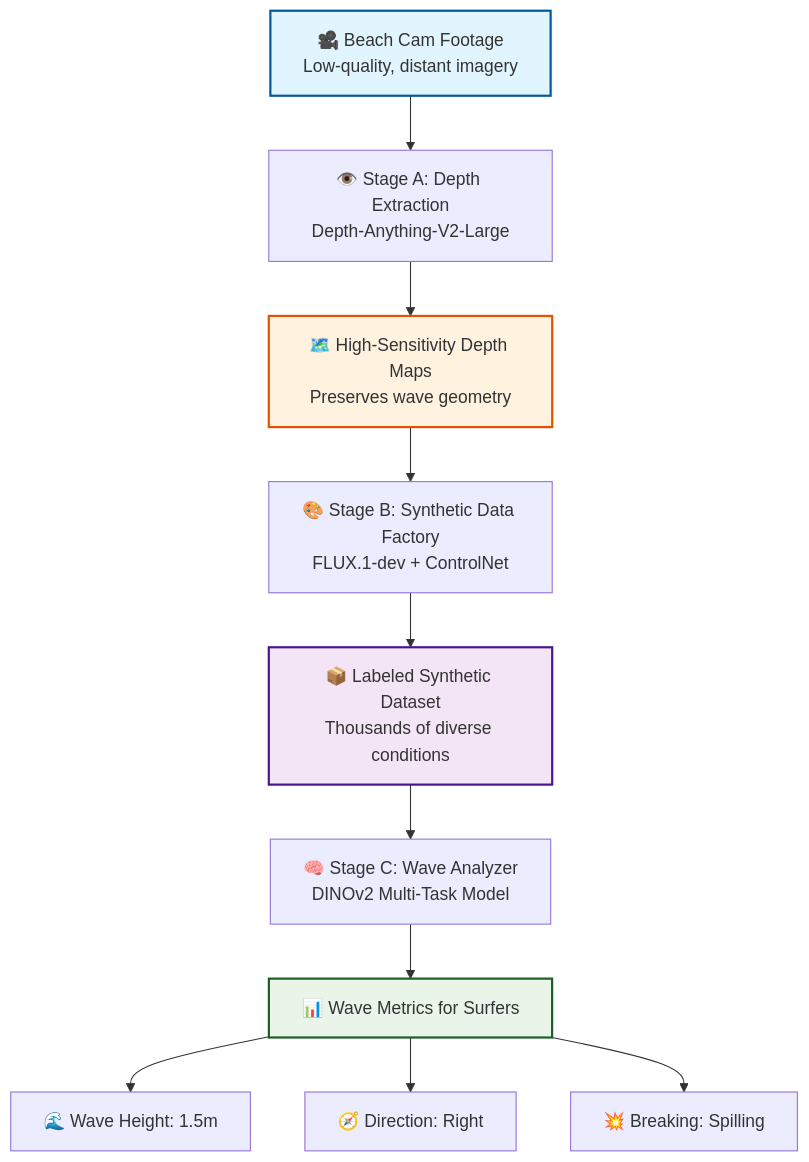
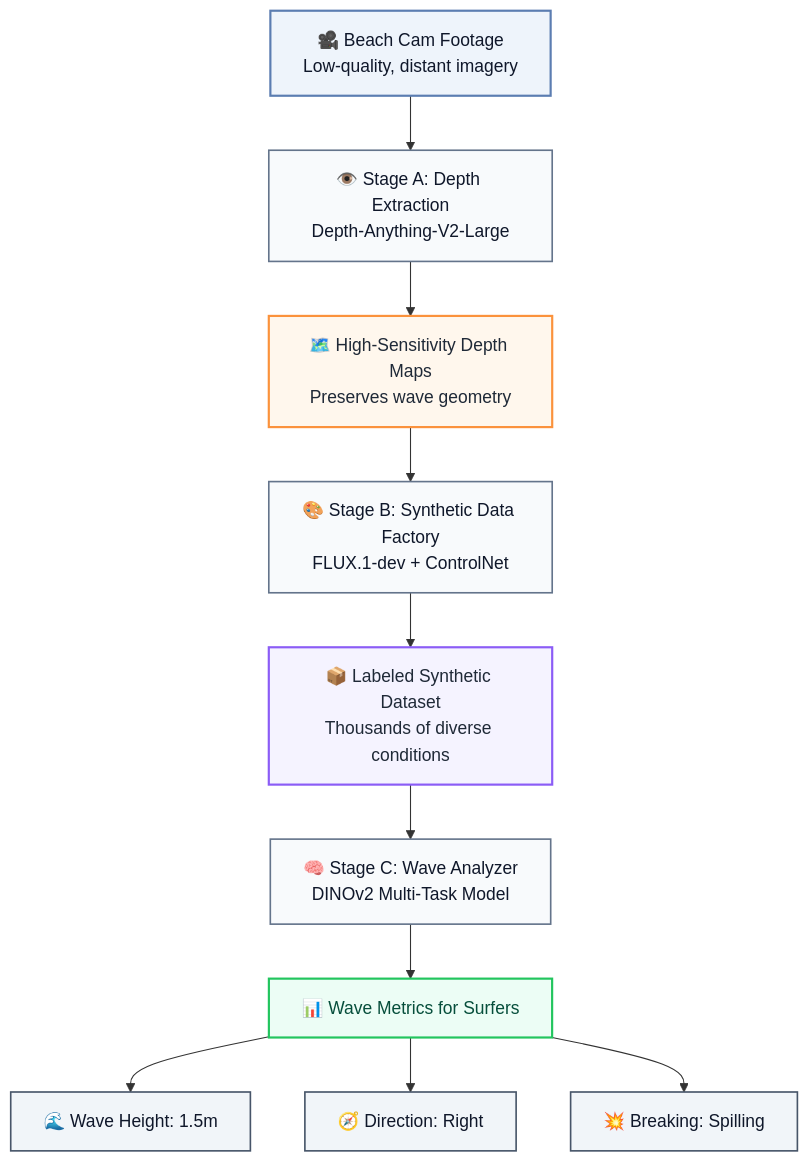
The diagram in README.md (ShalevAtsis/SwellSight), drawn with Mermaid before and after one commit.

Commit message:
Refine mermaid diagram styles in README
Update README mermaid flowchart styling: add explicit "Core pipeline" and "Output metrics" style blocks, introduce styles for intermediate nodes B, D, F, and adjust colors/stroke widths for A, C, E, G, H, I, J to improve visual hierarchy and contrast. These are cosmetic changes to make the diagram clearer and more consistent.

````diff
--- a/README.md
+++ b/README.md
@@ -91,18 +91,31 @@
 ```mermaid
 graph TD
     A[🎥 Beach Cam Footage<br/>Low-quality, distant imagery] --> B[👁️ Stage A: Depth Extraction<br/>Depth-Anything-V2-Large]
     B --> C[🗺️ High-Sensitivity Depth Maps<br/>Preserves wave geometry]
     C --> D[🎨 Stage B: Synthetic Data Factory<br/>FLUX.1-dev + ControlNet]
     D --> E[📦 Labeled Synthetic Dataset<br/>Thousands of diverse conditions]
     E --> F[🧠 Stage C: Wave Analyzer<br/>DINOv2 Multi-Task Model]
     F --> G[📊 Wave Metrics for Surfers]
     
     G --> H[🌊 Wave Height: 1.5m]
     G --> I[🧭 Direction: Right]
     G --> J[💥 Breaking: Spilling]
-    
-    style A fill:#e1f5fe,stroke:#01579b,stroke-width:2px
-    style C fill:#fff3e0,stroke:#e65100,stroke-width:2px
-    style E fill:#f3e5f5,stroke:#4a148c,stroke-width:2px
-    style G fill:#e8f5e8,stroke:#1b5e20,stroke-width:2px
+
+    %% Core pipeline
+    style A fill:#eef4fb,stroke:#5b7db1,stroke-width:2px,color:#0f172a
+    style B fill:#f8fafc,stroke:#64748b,stroke-width:1.5px,color:#0f172a
+
+    style C fill:#fff7ed,stroke:#fb923c,stroke-width:2px,color:#1f2937
+    style D fill:#f8fafc,stroke:#64748b,stroke-width:1.5px,color:#0f172a
+
+    style E fill:#f5f3ff,stroke:#8b5cf6,stroke-width:2px,color:#1f2937
+    style F fill:#f8fafc,stroke:#64748b,stroke-width:1.5px,color:#0f172a
+
+    style G fill:#ecfdf5,stroke:#22c55e,stroke-width:2px,color:#064e3b
+
+    %% Output metrics
+    style H fill:#f1f5f9,stroke:#475569,stroke-width:1.5px,color:#0f172a
+    style I fill:#f1f5f9,stroke:#475569,stroke-width:1.5px,color:#0f172a
+    style J fill:#f1f5f9,stroke:#475569,stroke-width:1.5px,color:#0f172a
+
 ```
````
